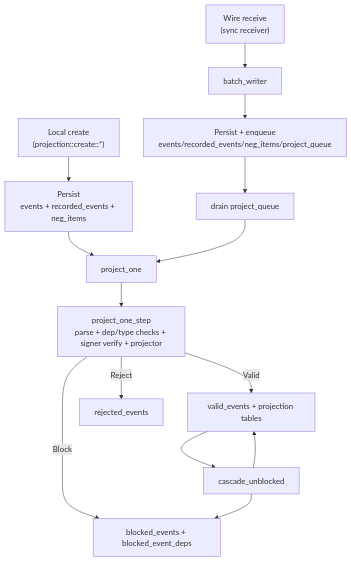
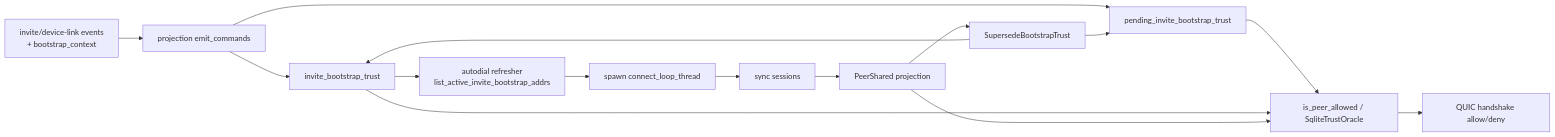
Before and after one commit to holmesworcester/topo: the third of 3 diagrams in docs/CURRENT_RUNTIME_DIAGRAM.md, drawn with Mermaid. The commit also changed other lines of this file, not shown here.

Commit message:
Update current runtime data-flow diagram

````diff
--- a/docs/CURRENT_RUNTIME_DIAGRAM.md
+++ b/docs/CURRENT_RUNTIME_DIAGRAM.md
@@ -169,18 +87,19 @@
 ```mermaid
-flowchart TD
-    LOCAL["Local create<br/>(projection::create::*)"] --> LSTORE["Persist<br/>events + recorded_events + neg_items"]
-    LSTORE --> P["project_one"]
+flowchart LR
+    INV["invite/device-link events\n+ bootstrap_context"] --> EMIT["projection emit_commands"]
+    EMIT --> PEND["pending_invite_bootstrap_trust"]
+    EMIT --> ACC["invite_bootstrap_trust"]
+    PEER["PeerShared projection"] --> SUPER["SupersedeBootstrapTrust"]
+    SUPER --> PEND
+    SUPER --> ACC
 
-    WIRE["Wire receive<br/>(sync receiver)"] --> BW["batch_writer"]
-    BW --> QSTORE["Persist + enqueue<br/>events/recorded_events/neg_items/project_queue"]
-    QSTORE --> DRAIN["drain project_queue"]
-    DRAIN --> P
+    PEND --> ALLOW["is_peer_allowed / SqliteTrustOracle"]
+    ACC --> ALLOW
+    PEER --> ALLOW
+    ALLOW --> TLS["QUIC handshake allow/deny"]
 
-    P --> STEP["project_one_step<br/>parse + dep/type checks + signer verify + projector"]
-    STEP -->|Valid| OK["valid_events + projection tables"]
-    STEP -->|Block| BLK["blocked_events + blocked_event_deps"]
-    STEP -->|Reject| REJ["rejected_events"]
-    OK --> CAS["cascade_unblocked"]
-    CAS --> OK
-    CAS --> BLK
+    ACC --> AUTODIAL["autodial refresher\nlist_active_invite_bootstrap_addrs"]
+    AUTODIAL --> DIAL["spawn connect_loop_thread"]
+    DIAL --> SYNC["sync sessions"]
+    SYNC --> PEER
 ```
````
